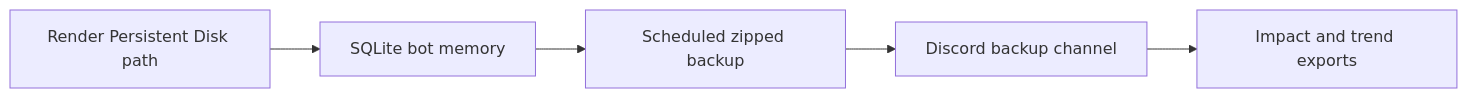
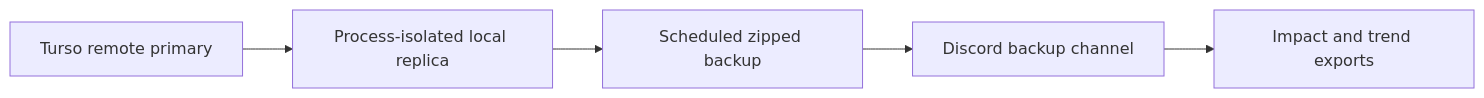
Before and after one commit to Rroix/avenue-guard-gd-avenue: the second of 14 diagrams in docs/Avenue_Guard_Manual.md, drawn with Mermaid. The commit also changed other lines of this file and 24 other files, not shown here.

````diff
--- a/docs/Avenue_Guard_Manual.md
+++ b/docs/Avenue_Guard_Manual.md
@@ -188,12 +189,12 @@
 ```mermaid
 flowchart LR
-  S1["Render Persistent Disk path"]
-  S2["SQLite bot memory"]
+  S1["Turso remote primary"]
+  S2["Process-isolated local replica"]
   S3["Scheduled zipped backup"]
   S4["Discord backup channel"]
   S5["Impact and trend exports"]
   S1 --> S2
   S2 --> S3
   S3 --> S4
   S4 --> S5
 ```
````
